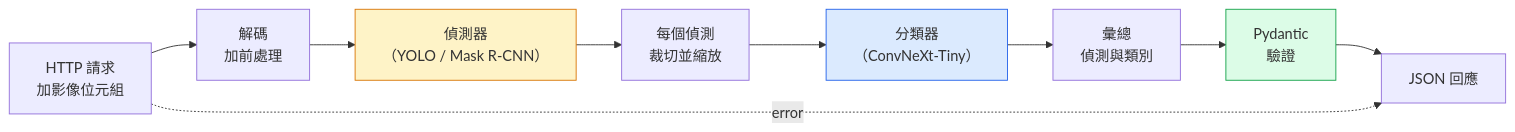
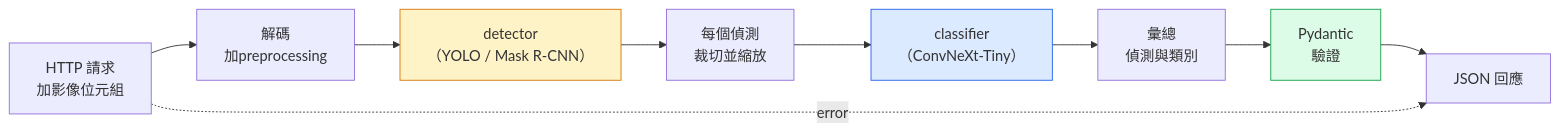
One commit to edward821220/ai-engineering-from-scratch changed the diagram in i18n/zh-TW/phases/04-computer-vision/16-vision-pipeline-capstone/docs/zh-TW.md. Above: the diagram before and after it, drawn with Mermaid. The commit also changed other lines of this file and 87 other files, not shown here.

````diff
--- a/i18n/zh-TW/phases/04-computer-vision/16-vision-pipeline-capstone/docs/zh-TW.md
+++ b/i18n/zh-TW/phases/04-computer-vision/16-vision-pipeline-capstone/docs/zh-TW.md
@@ -29,16 +29,16 @@
 ```mermaid
 flowchart LR
-    REQ["HTTP 請求<br/>加影像位元組"] --> LOAD["解碼<br/>加前處理"]
-    LOAD --> DET["偵測器<br/>（YOLO / Mask R-CNN）"]
+    REQ["HTTP 請求<br/>加影像位元組"] --> LOAD["解碼<br/>加preprocessing"]
+    LOAD --> DET["detector<br/>（YOLO / Mask R-CNN）"]
     DET --> CROP["每個偵測<br/>裁切並縮放"]
-    CROP --> CLS["分類器<br/>（ConvNeXt-Tiny）"]
+    CROP --> CLS["classifier<br/>（ConvNeXt-Tiny）"]
     CLS --> AGG["彙總<br/>偵測與類別"]
     AGG --> SCHEMA["Pydantic<br/>驗證"]
     SCHEMA --> RESP["JSON 回應"]
 
     REQ -.->|error| RESP
 
     style DET fill:#fef3c7,stroke:#d97706
     style CLS fill:#dbeafe,stroke:#2563eb
     style SCHEMA fill:#dcfce7,stroke:#16a34a
 ```
````
